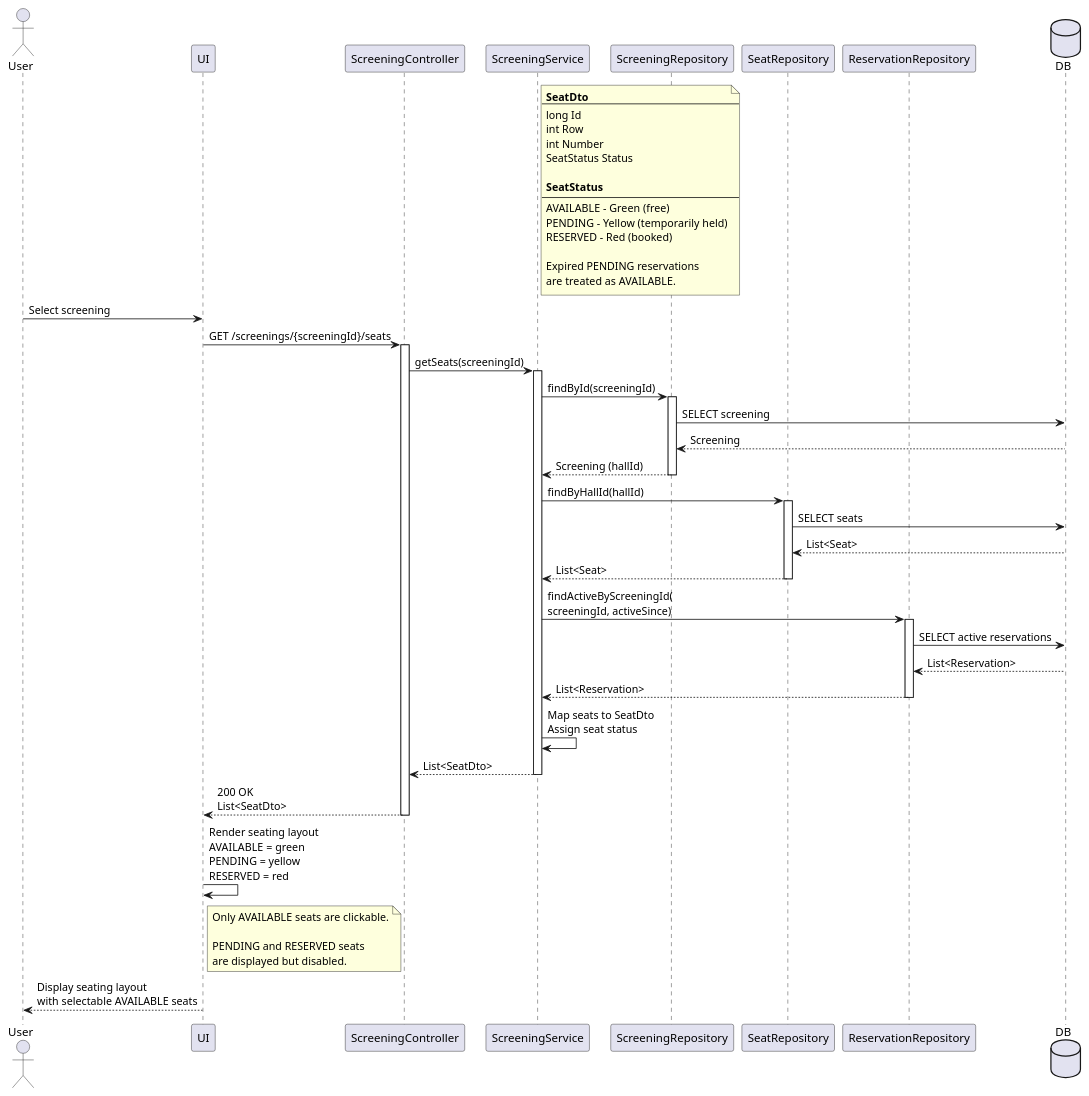
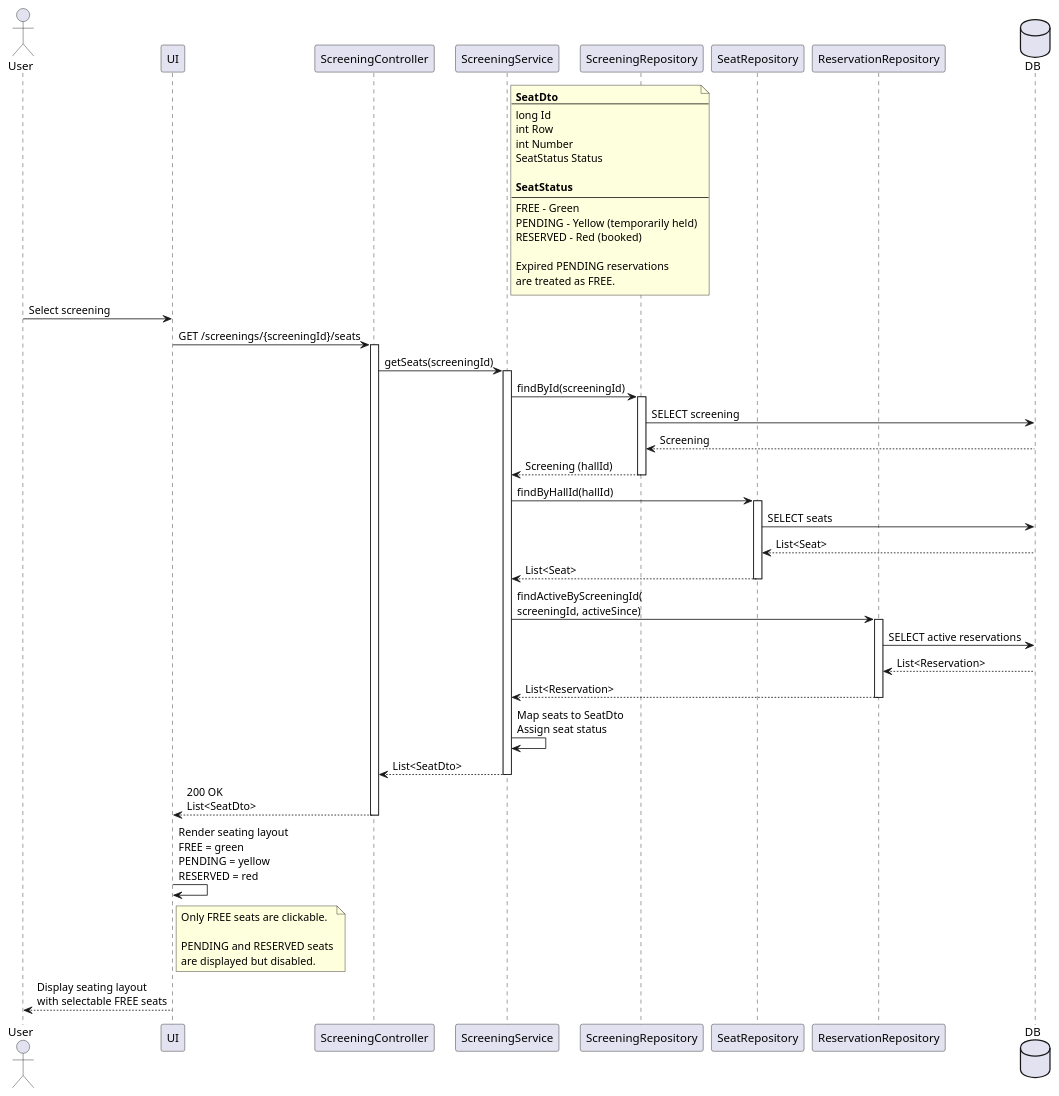
The diagram in diagrams/Sequence/View Screening Seats Sequence.puml (MatinoTekkit/swi_cinema), drawn with PlantUML before and after one commit. The commit also changed 1 other file, not shown here.

```diff
--- a/diagrams/Sequence/View Screening Seats Sequence.puml
+++ b/diagrams/Sequence/View Screening Seats Sequence.puml
@@ -2,84 +2,84 @@
 @startuml View Screening Seats Sequence
 
 actor User
 participant UI
 participant ScreeningController
 participant ScreeningService
 participant ScreeningRepository
 participant SeatRepository
 participant ReservationRepository
 database DB
 
 note right of ScreeningService
     **SeatDto**
     --
     long Id
     int Row
     int Number
     SeatStatus Status
 
     **SeatStatus**
     --
-    AVAILABLE - Green (free)
+    FREE - Green
     PENDING - Yellow (temporarily held)
     RESERVED - Red (booked)
 
     Expired PENDING reservations
-    are treated as AVAILABLE.
+    are treated as FREE.
 end note
 
 User -> UI: Select screening
 
 UI -> ScreeningController: GET /screenings/{screeningId}/seats
 activate ScreeningController
 
 ScreeningController -> ScreeningService: getSeats(screeningId)
 activate ScreeningService
 
 ScreeningService -> ScreeningRepository: findById(screeningId)
 activate ScreeningRepository
 
 ScreeningRepository -> DB: SELECT screening
 DB --> ScreeningRepository: Screening
 
 ScreeningRepository --> ScreeningService: Screening (hallId)
 deactivate ScreeningRepository
 
 ScreeningService -> SeatRepository: findByHallId(hallId)
 activate SeatRepository
 
 SeatRepository -> DB: SELECT seats
 DB --> SeatRepository: List<Seat>
 
 SeatRepository --> ScreeningService: List<Seat>
 deactivate SeatRepository
 
 ScreeningService -> ReservationRepository: findActiveByScreeningId(\nscreeningId, activeSince)
 activate ReservationRepository
 
 ReservationRepository -> DB: SELECT active reservations
 DB --> ReservationRepository: List<Reservation>
 
 ReservationRepository --> ScreeningService: List<Reservation>
 deactivate ReservationRepository
 
 ScreeningService -> ScreeningService: Map seats to SeatDto\nAssign seat status
 
 ScreeningService --> ScreeningController: List<SeatDto>
 deactivate ScreeningService
 
 ScreeningController --> UI: 200 OK\nList<SeatDto>
 deactivate ScreeningController
 
-UI -> UI: Render seating layout\nAVAILABLE = green\nPENDING = yellow\nRESERVED = red
+UI -> UI: Render seating layout\nFREE = green\nPENDING = yellow\nRESERVED = red
 
 note right of UI
-    Only AVAILABLE seats are clickable.
+    Only FREE seats are clickable.
 
     PENDING and RESERVED seats
     are displayed but disabled.
 end note
 
-UI --> User: Display seating layout\nwith selectable AVAILABLE seats
+UI --> User: Display seating layout\nwith selectable FREE seats
 
 @enduml
```
